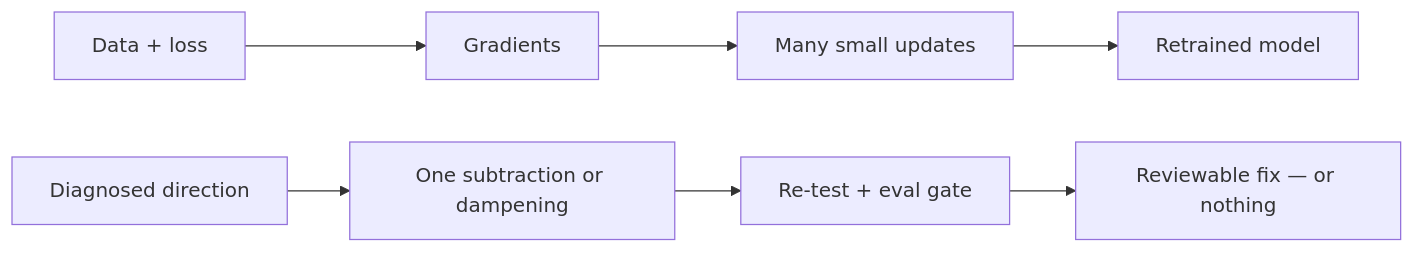
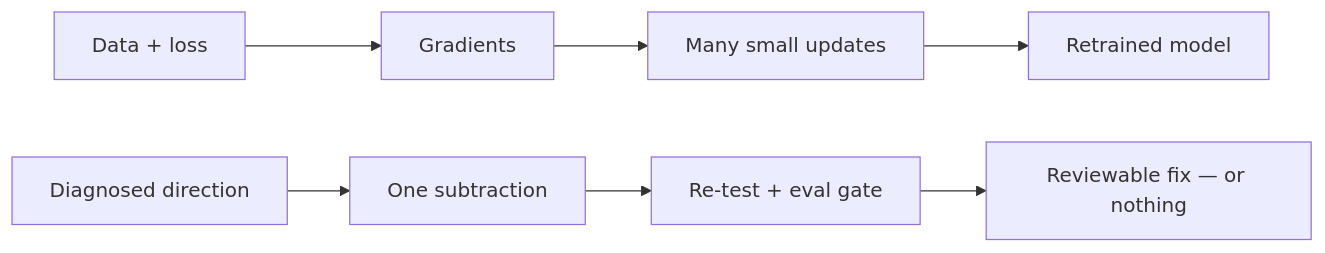
Before and after one commit to AuremHQ/weight-space-programming: the second of 2 diagrams in README.md, drawn with Mermaid. The commit also changed other lines of this file and 89 other files, not shown here.

````diff
--- a/README.md
+++ b/README.md
@@ -110,5 +152,5 @@
 ```mermaid
 flowchart LR
     G[Data + loss] --> H[Gradients] --> I[Many small updates] --> J[Retrained model]
-    K[Diagnosed direction] --> L[One subtraction or dampening] --> M[Re-test + eval gate] --> N[Reviewable fix — or nothing]
+    K[Diagnosed direction] --> L[One subtraction] --> M[Re-test + eval gate] --> N[Reviewable fix — or nothing]
 ```
````
